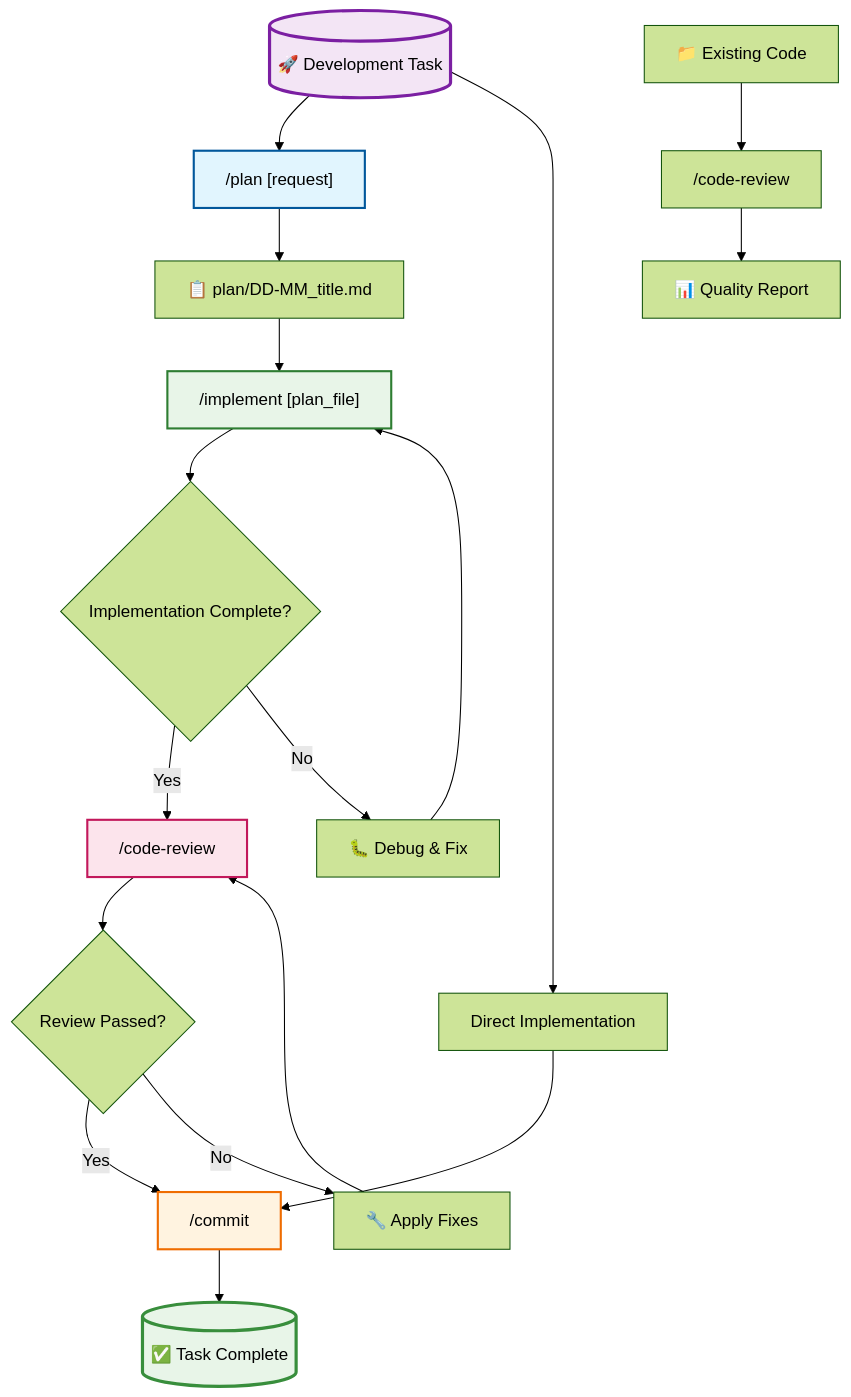
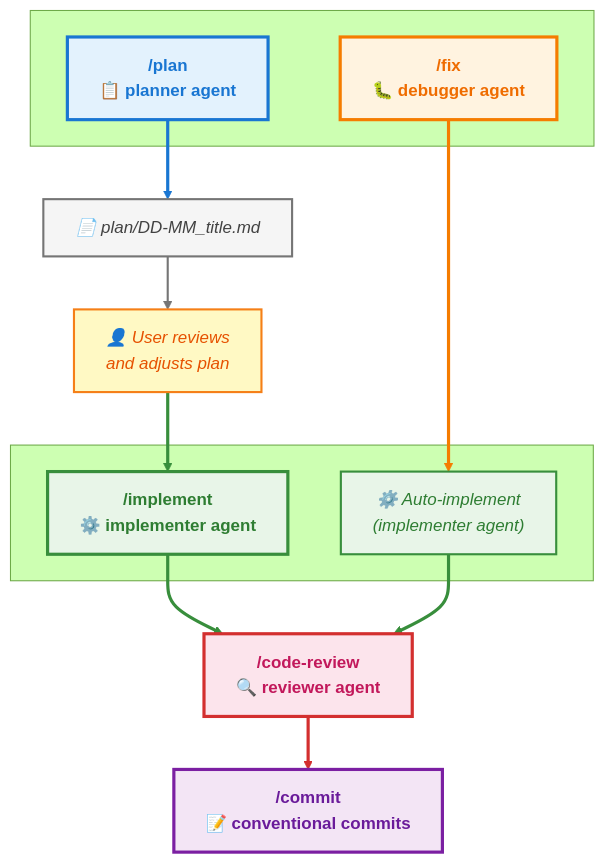
One commit to OscSer/agents-config changed the diagram in README.md. Above: the diagram before and after it, drawn with Mermaid (forest theme). The commit also changed other lines of this file and 1 other file, not shown here.

Commit message:
docs: improve installation instructions and workflow diagram
- Fix copy commands to properly copy individual files instead of directories
- Add detailed descriptions to project structure
- Redesign workflow diagram with better visual hierarchy and styling
- Remove unused MCP tools from settings configuration

````diff
--- a/README.md
+++ b/README.md
@@ -35,36 +35,52 @@
 ```mermaid
 flowchart TD
-    Start[("🚀 Development Task")] --> Plan["/plan [request]"]
-    
-    Plan --> PlanOutput["📋 plan/DD-MM_title.md"]
-    PlanOutput --> Implement["/implement [plan_file]"]
-    
-    Implement --> ImplResult{"Implementation Complete?"}
-    ImplResult -->|"Yes"| Review["/code-review"]
-    ImplResult -->|"No"| Debug["🐛 Debug & Fix"]
-    Debug --> Implement
-    
-    Review --> ReviewOK{"Review Passed?"}
-    ReviewOK -->|"Yes"| Commit["/commit"]
-    ReviewOK -->|"No"| Fix["🔧 Apply Fixes"]
-    Fix --> Review
-    
-    Commit --> Done[("✅ Task Complete")]
-    
-    %% Direct workflow for simple tasks
-    Start --> SimpleImpl["Direct Implementation"]
-    SimpleImpl --> Commit
-    
-    %% Standalone review
-    Code["📁 Existing Code"] --> StandaloneReview["/code-review"]
-    StandaloneReview --> ReviewReport["📊 Quality Report"]
-    
-    %% Styling
-    style Plan fill:#e1f5fe,stroke:#01579b,stroke-width:2px
-    style Implement fill:#e8f5e8,stroke:#2e7d32,stroke-width:2px
-    style Review fill:#fce4ec,stroke:#c2185b,stroke-width:2px
-    style Commit fill:#fff3e0,stroke:#ef6c00,stroke-width:2px
-    
-    style Start fill:#f3e5f5,stroke:#7b1fa2,stroke-width:3px
-    style Done fill:#e8f5e8,stroke:#388e3c,stroke-width:3px
+    %% Top level commands at same level
+    subgraph " "
+        Plan["/plan<br/>📋 planner agent"]
+        Fix["/fix<br/>🐛 debugger agent"]
+    end
+
+    %% Development workflow
+    Plan --> PlanFile["📄 plan/DD-MM_title.md"]
+    PlanFile --> Review["👤 User reviews<br/>and adjusts plan"]
+    Review --> Implement["/implement<br/>⚙️ implementer agent"]
+
+    %% Fix workflow
+    Fix --> AutoImplement["⚙️ Auto-implement<br/>(implementer agent)"]
+
+    %% Align implementer agents at same level
+    subgraph " "
+        Implement
+        AutoImplement
+    end
+
+    %% Common endpoints
+    Implement --> CodeReview["/code-review<br/>🔍 reviewer agent"]
+    AutoImplement --> CodeReview
+    CodeReview --> Commit["/commit<br/>📝 conventional commits"]
+
+    %% Command styles with rounded corners and shadows
+    style Plan fill:#e3f2fd,stroke:#1976d2,stroke-width:3px,color:#1976d2,font-weight:bold
+    style Implement fill:#e8f5e8,stroke:#388e3c,stroke-width:3px,color:#2e7d32,font-weight:bold
+    style Fix fill:#fff3e0,stroke:#f57c00,stroke-width:3px,color:#ef6c00,font-weight:bold
+    style CodeReview fill:#fce4ec,stroke:#d32f2f,stroke-width:3px,color:#c2185b,font-weight:bold
+    style Commit fill:#f3e5f5,stroke:#7b1fa2,stroke-width:3px,color:#6a1b9a,font-weight:bold
+
+    %% File style
+    style PlanFile fill:#f5f5f5,stroke:#757575,stroke-width:2px,color:#424242,font-style:italic
+
+    %% User action style
+    style Review fill:#fff9c4,stroke:#f57f17,stroke-width:2px,color:#e65100,font-style:italic
+
+    %% Auto-implement style
+    style AutoImplement fill:#e8f5e8,stroke:#388e3c,stroke-width:2px,color:#2e7d32,font-style:italic
+
+    %% Link styles
+    linkStyle 0 stroke:#1976d2,stroke-width:3px
+    linkStyle 1 stroke:#757575,stroke-width:2px
+    linkStyle 2 stroke:#388e3c,stroke-width:3px
+    linkStyle 3 stroke:#f57c00,stroke-width:3px
+    linkStyle 4 stroke:#388e3c,stroke-width:3px
+    linkStyle 5 stroke:#388e3c,stroke-width:3px
+    linkStyle 6 stroke:#d32f2f,stroke-width:3px
 ```
````
